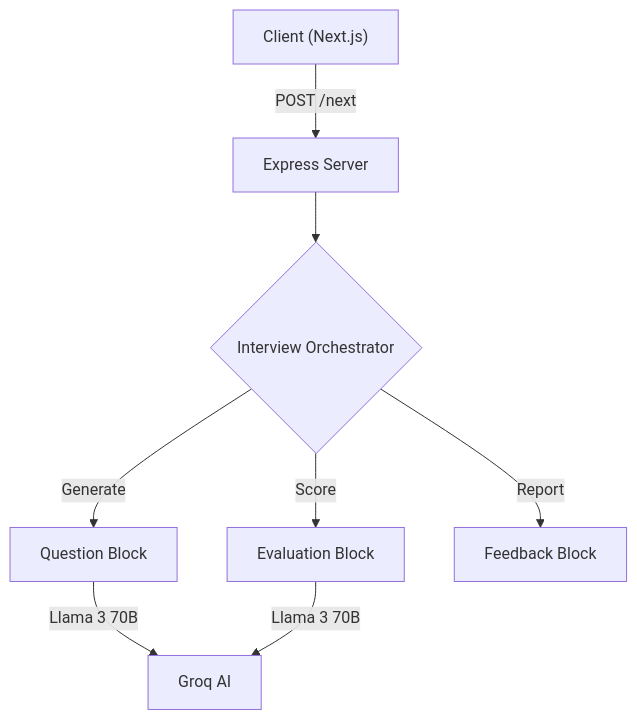
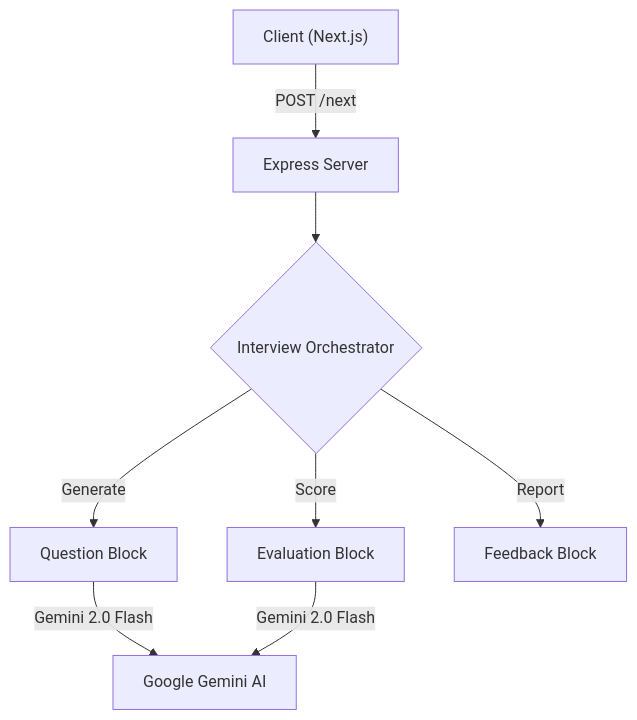
The diagram in README.md (Guneshbari/mock-mentor), drawn with Mermaid before and after one commit. The commit also changed other lines of this file and 8 other files, not shown here.

````diff
--- a/README.md
+++ b/README.md
@@ -56,10 +56,10 @@
 ```mermaid
 graph TD
     A["Client (Next.js)"] -->|"POST /next"| B["Express Server"]
     B --> C{"Interview Orchestrator"}
     C -->|Generate| D["Question Block"]
     C -->|Score| E["Evaluation Block"]
     C -->|Report| F["Feedback Block"]
-    D -->|"Llama 3 70B"| G["Groq AI"]
-    E -->|"Llama 3 70B"| G
+    D -->|"Gemini 2.0 Flash"| G["Google Gemini AI"]
+    E -->|"Gemini 2.0 Flash"| G
 ```
````
